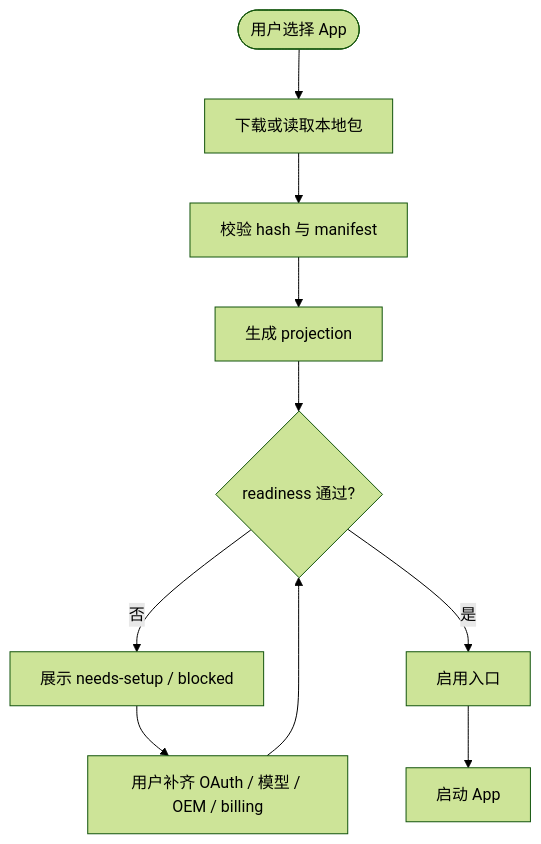
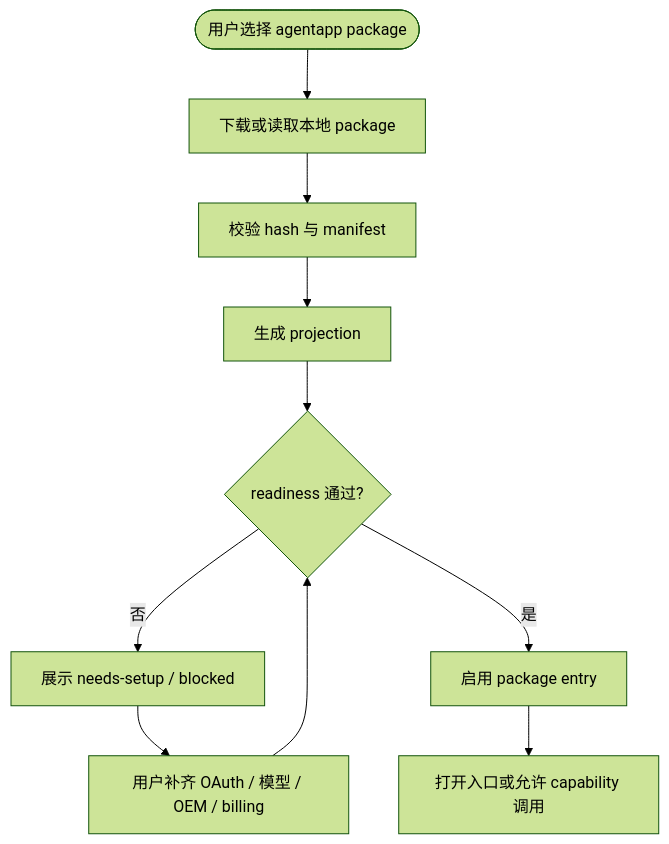
One commit to limecloud/lime-desktop-platform changed the first of 3 diagrams in docs/v1/workflow-model.md. Above: the diagram before and after it, drawn with Mermaid (forest theme). The commit also changed other lines of this file and 85 other files, not shown here.

````diff
--- a/docs/v1/workflow-model.md
+++ b/docs/v1/workflow-model.md
@@ -48,12 +48,12 @@
 ```mermaid
 flowchart TD
-  Start([用户选择 App]) --> Download[下载或读取本地包]
+  Start([用户选择 agentapp package]) --> Download[下载或读取本地 package]
   Download --> Verify[校验 hash 与 manifest]
   Verify --> Project[生成 projection]
   Project --> Readiness{readiness 通过?}
   Readiness -- 否 --> Setup[展示 needs-setup / blocked]
   Setup --> Fix[用户补齐 OAuth / 模型 / OEM / billing]
   Fix --> Readiness
-  Readiness -- 是 --> Enable[启用入口]
-  Enable --> Launch[启动 App]
+  Readiness -- 是 --> Enable[启用 package entry]
+  Enable --> Launch[打开入口或允许 capability 调用]
 ```
````
